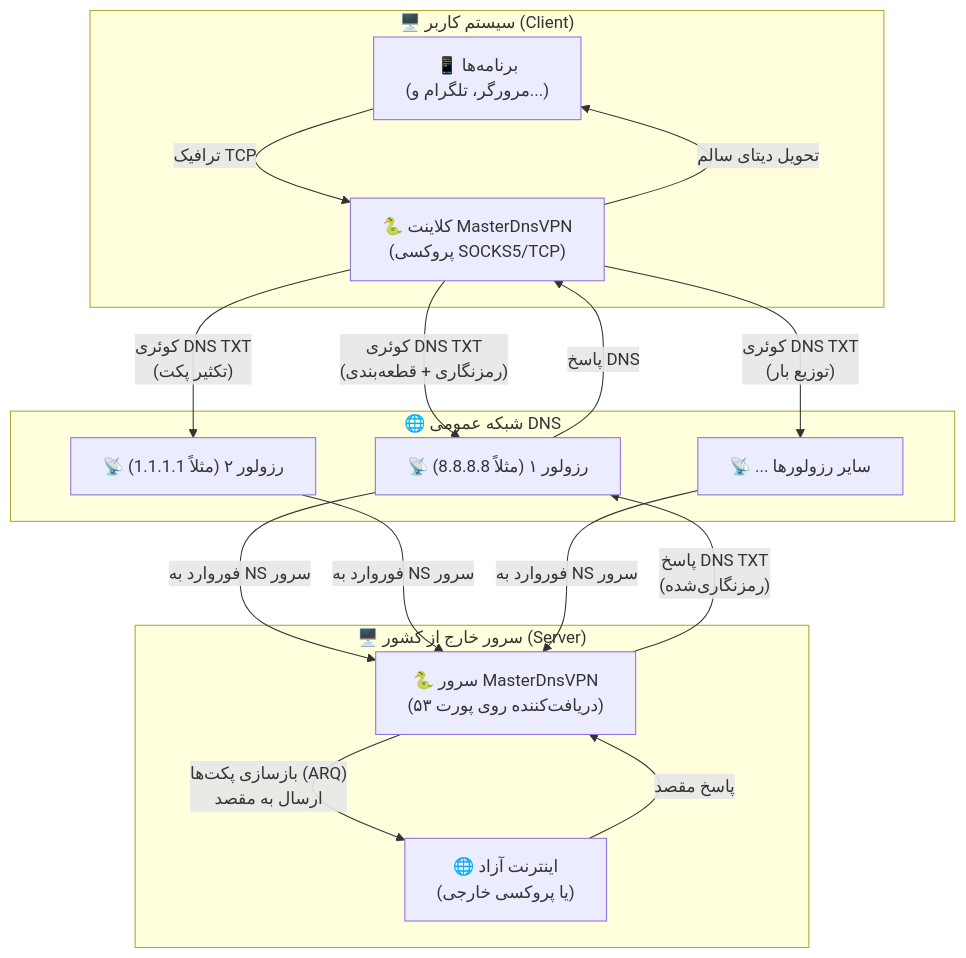
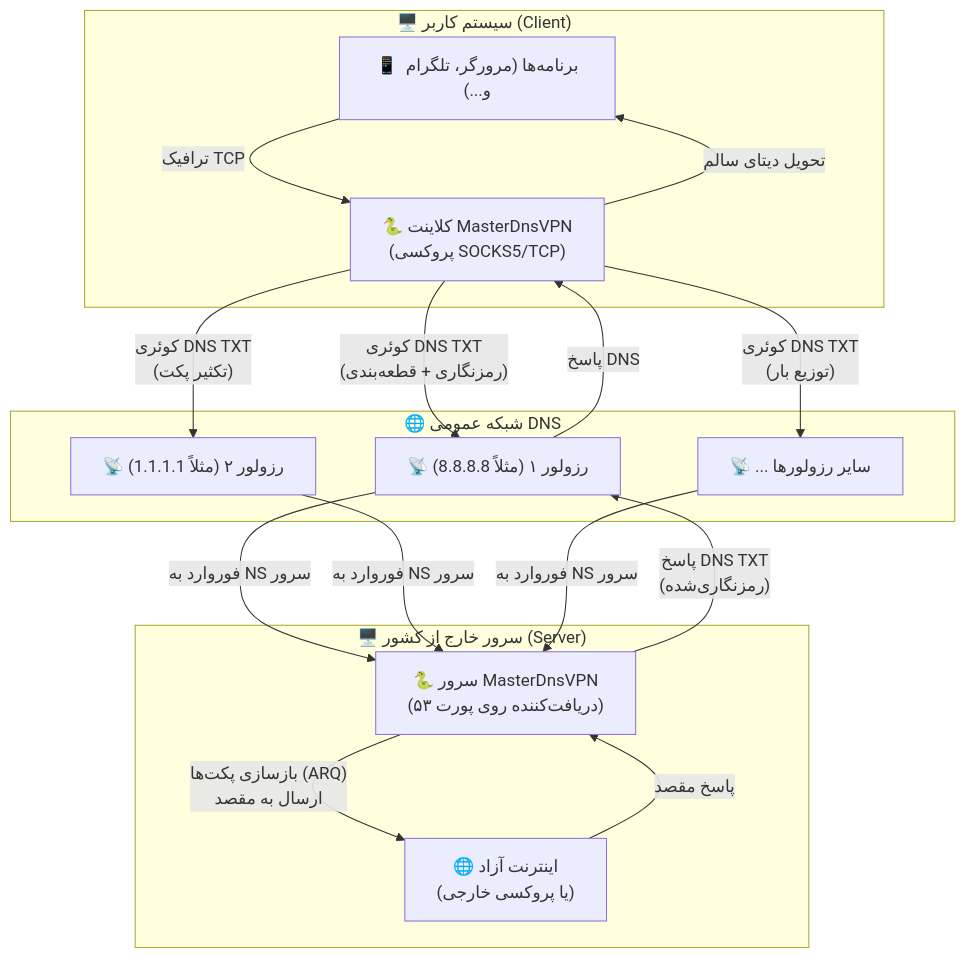
The first of 2 diagrams in README_FA.MD (masterking32/MasterDnsVPN), drawn with Mermaid before and after one commit.

Commit message:
Update mermaids

````diff
--- a/README_FA.MD
+++ b/README_FA.MD
@@ -377,33 +377,33 @@
 ```mermaid
 graph TD
     subgraph Client_Side ["🖥️ سیستم کاربر (Client)"]
-        App["📱 برنامه‌ها\n(مرورگر، تلگرام و...)"]
-        Client["🐍 کلاینت MasterDnsVPN\n(پروکسی SOCKS5/TCP)"]
+        App["📱 برنامه‌ها (مرورگر، تلگرام و...)"]
+        Client["🐍 کلاینت MasterDnsVPN<br>(پروکسی SOCKS5/TCP)"]
     end
 
     subgraph DNS_Network ["🌐 شبکه عمومی DNS"]
         R1["📡 رزولور ۱ (مثلاً 8.8.8.8)"]
         R2["📡 رزولور ۲ (مثلاً 1.1.1.1)"]
         RN["📡 ... سایر رزولورها"]
     end
 
     subgraph Server_Side ["🖥️ سرور خارج از کشور (Server)"]
-        Server["🐍 سرور MasterDnsVPN\n(دریافت‌کننده روی پورت ۵۳)"]
-        Target["🌐 اینترنت آزاد\n(یا پروکسی خارجی)"]
+        Server["🐍 سرور MasterDnsVPN<br>(دریافت‌کننده روی پورت ۵۳)"]
+        Target["🌐 اینترنت آزاد<br>(یا پروکسی خارجی)"]
     end
 
     App -->|"ترافیک TCP"| Client
-    Client -->|"کوئری DNS TXT\n(رمزنگاری + قطعه‌بندی)"| R1
-    Client -->|"کوئری DNS TXT\n(تکثیر پکت)"| R2
-    Client -->|"کوئری DNS TXT\n(توزیع بار)"| RN
+    Client -->|"کوئری DNS TXT<br>(رمزنگاری + قطعه‌بندی)"| R1
+    Client -->|"کوئری DNS TXT<br>(تکثیر پکت)"| R2
+    Client -->|"کوئری DNS TXT<br>(توزیع بار)"| RN
 
     R1 -->|"فوروارد به NS سرور"| Server
     R2 -->|"فوروارد به NS سرور"| Server
     RN -->|"فوروارد به NS سرور"| Server
 
-    Server -->|"بازسازی پکت‌ها (ARQ)\nارسال به مقصد"| Target
+    Server -->|"بازسازی پکت‌ها (ARQ)<br>ارسال به مقصد"| Target
     Target -->|"پاسخ مقصد"| Server
-    Server -->|"پاسخ DNS TXT\n(رمزنگاری‌شده)"| R1
+    Server -->|"پاسخ DNS TXT<br>(رمزنگاری‌شده)"| R1
     R1 -->|"پاسخ DNS"| Client
     Client -->|"تحویل دیتای سالم"| App
 ```
````
